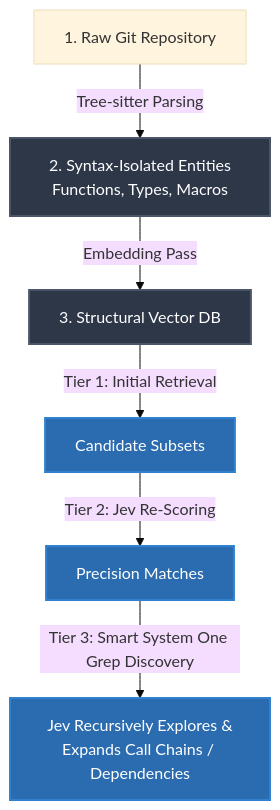
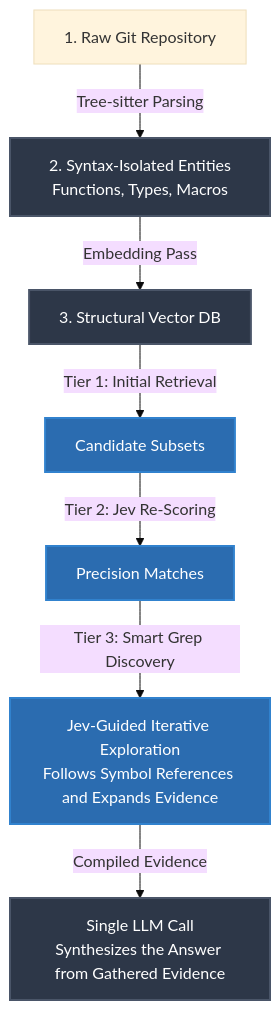
Before and after one commit to DevLoops-ai/unified-brain: the diagram in README.md, drawn with Mermaid (base theme).

Commit message:
README introduced mermaid graph: correction

````diff
--- a/README.md
+++ b/README.md
@@ -59,20 +59,23 @@
 ```mermaid
 flowchart TD
     classDef step fill:#2d3748,stroke:#4a5568,stroke-width:2px,color:#fff;
     classDef process fill:#2b6cb0,stroke:#3182ce,stroke-width:2px,color:#fff;
 
     Code["1. Raw Git Repository"]
     Entities["`2. Syntax-Isolated Entities
 Functions, Types, Macros`"]:::step
     VectorDB["3. Structural Vector DB"]:::step
     Candidates["Candidate Subsets"]:::process
     Filtered["Precision Matches"]:::process
-    Dynamic["`Jev Recursively Explores &
-Expands Call Chains / Dependencies`"]:::process
+    Dynamic["`Jev-Guided Iterative Exploration
+Follows Symbol References and Expands Evidence`"]:::process
+    Writer["`Single LLM Call
+Synthesizes the Answer from Gathered Evidence`"]:::step
 
     Code -->|Tree-sitter Parsing| Entities
     Entities -->|Embedding Pass| VectorDB
     VectorDB -->|Tier 1: Initial Retrieval| Candidates
     Candidates -->|Tier 2: Jev Re-Scoring| Filtered
-    Filtered -->|Tier 3: Smart System One Grep Discovery| Dynamic
+    Filtered -->|Tier 3: Smart Grep Discovery| Dynamic
+    Dynamic -->|Compiled Evidence| Writer
 ```
````
